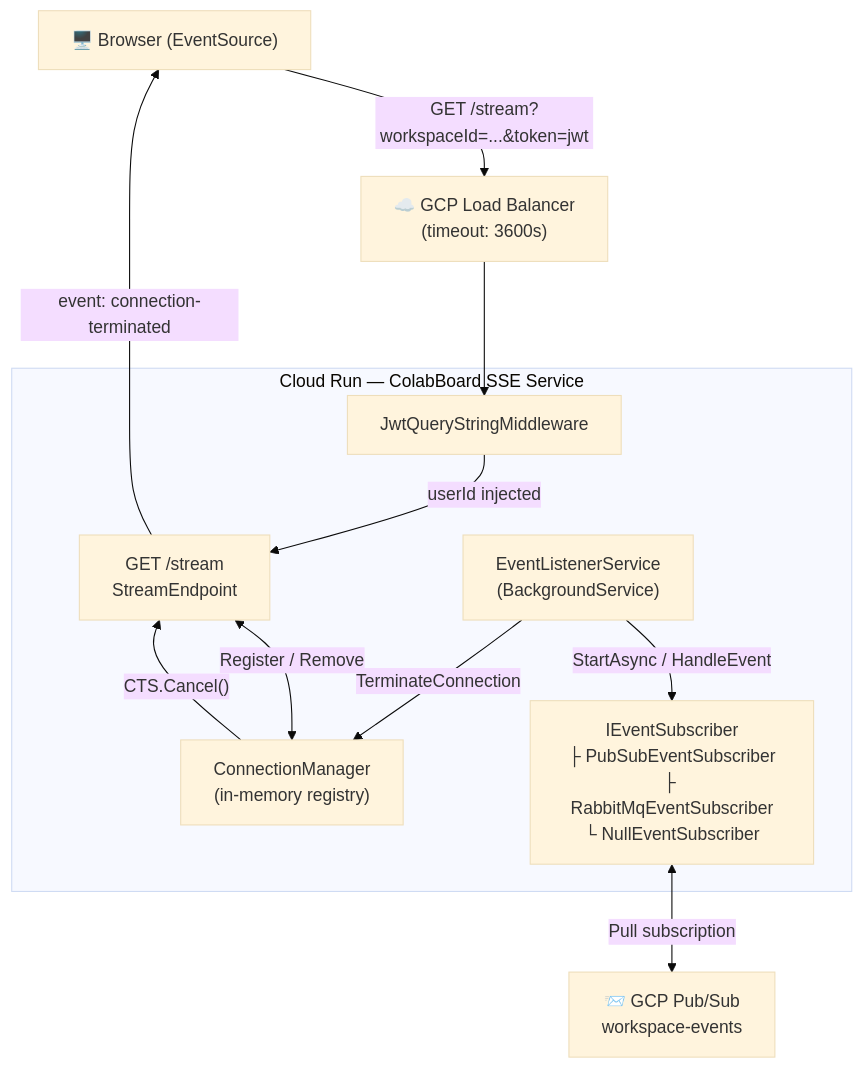
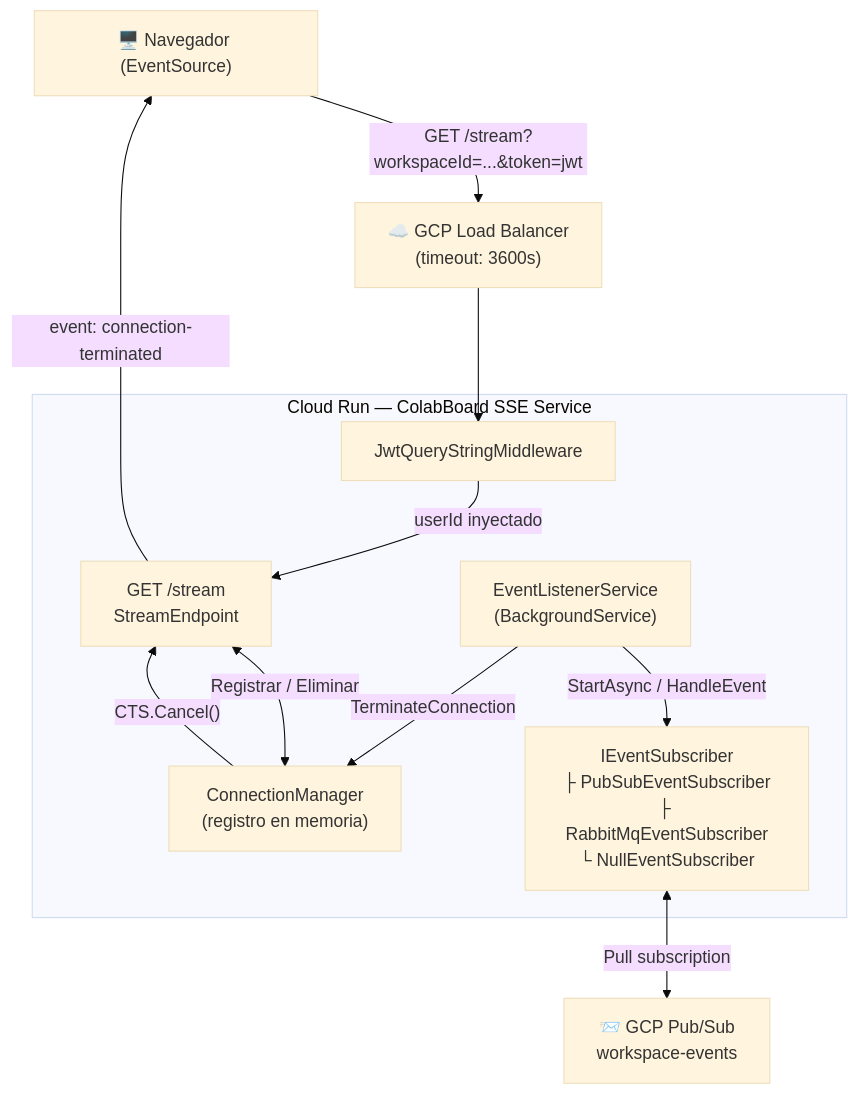
One commit to jlizarazoa/ColabBoard_Docs changed the diagram in docs/sse-service/overview.md. Above: the diagram before and after it, drawn with Mermaid (base theme). The commit also changed other lines of this file and 29 other files, not shown here.

````diff
--- a/docs/sse-service/overview.md
+++ b/docs/sse-service/overview.md
@@ -23,23 +23,23 @@
 ```mermaid
 flowchart TD
-    Client["🖥️ Browser (EventSource)"]
+    Client["🖥️ Navegador (EventSource)"]
     LB["☁️ GCP Load Balancer\n(timeout: 3600s)"]
     subgraph SSE["Cloud Run — ColabBoard SSE Service"]
         MW["JwtQueryStringMiddleware"]
         EP["GET /stream\nStreamEndpoint"]
-        CM["ConnectionManager\n(in-memory registry)"]
+        CM["ConnectionManager\n(registro en memoria)"]
         ELS["EventListenerService\n(BackgroundService)"]
         SUB["IEventSubscriber\n├ PubSubEventSubscriber\n├ RabbitMqEventSubscriber\n└ NullEventSubscriber"]
     end
     PubSub["📨 GCP Pub/Sub\nworkspace-events"]
 
     Client -->|"GET /stream?workspaceId=...&token=jwt"| LB
     LB --> MW
-    MW -->|"userId injected"| EP
-    EP <-->|"Register / Remove"| CM
+    MW -->|"userId inyectado"| EP
+    EP <-->|"Registrar / Eliminar"| CM
     ELS -->|"StartAsync / HandleEvent"| SUB
     SUB <-->|"Pull subscription"| PubSub
     ELS -->|"TerminateConnection"| CM
     CM -->|"CTS.Cancel()"| EP
     EP -->|"event: connection-terminated"| Client
 ```
````
